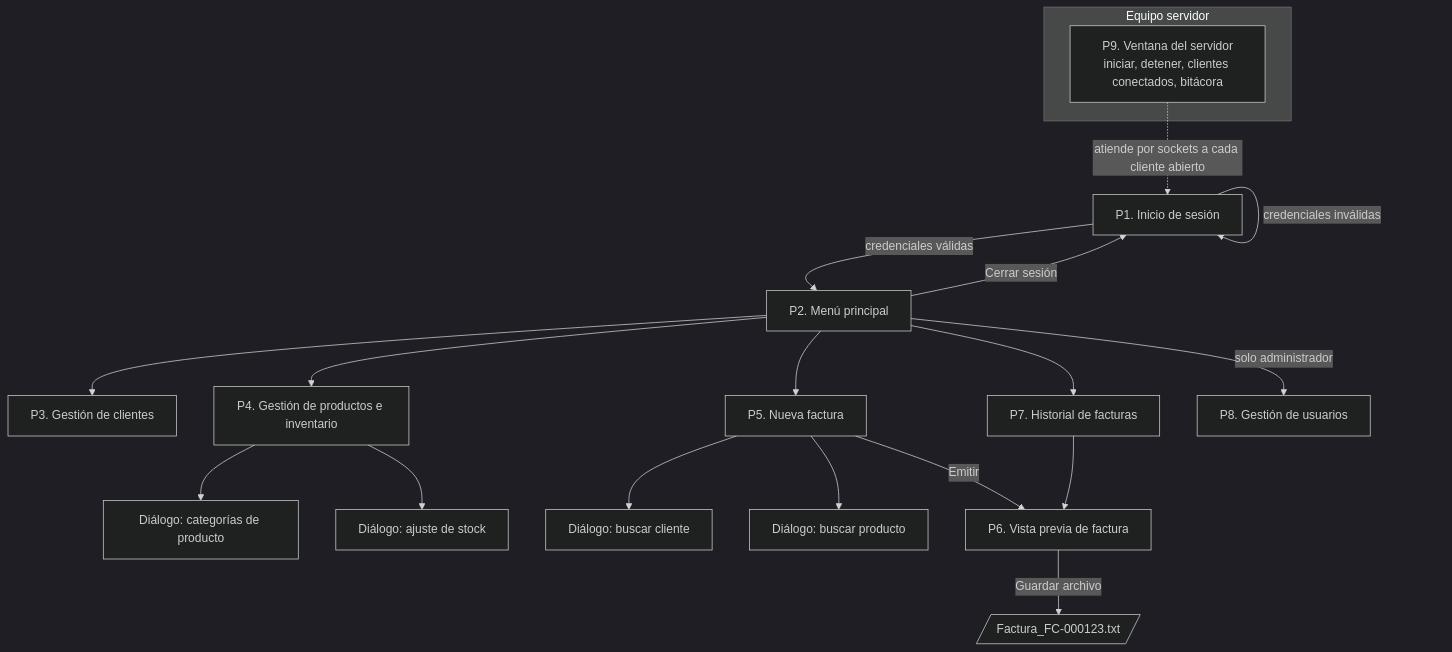
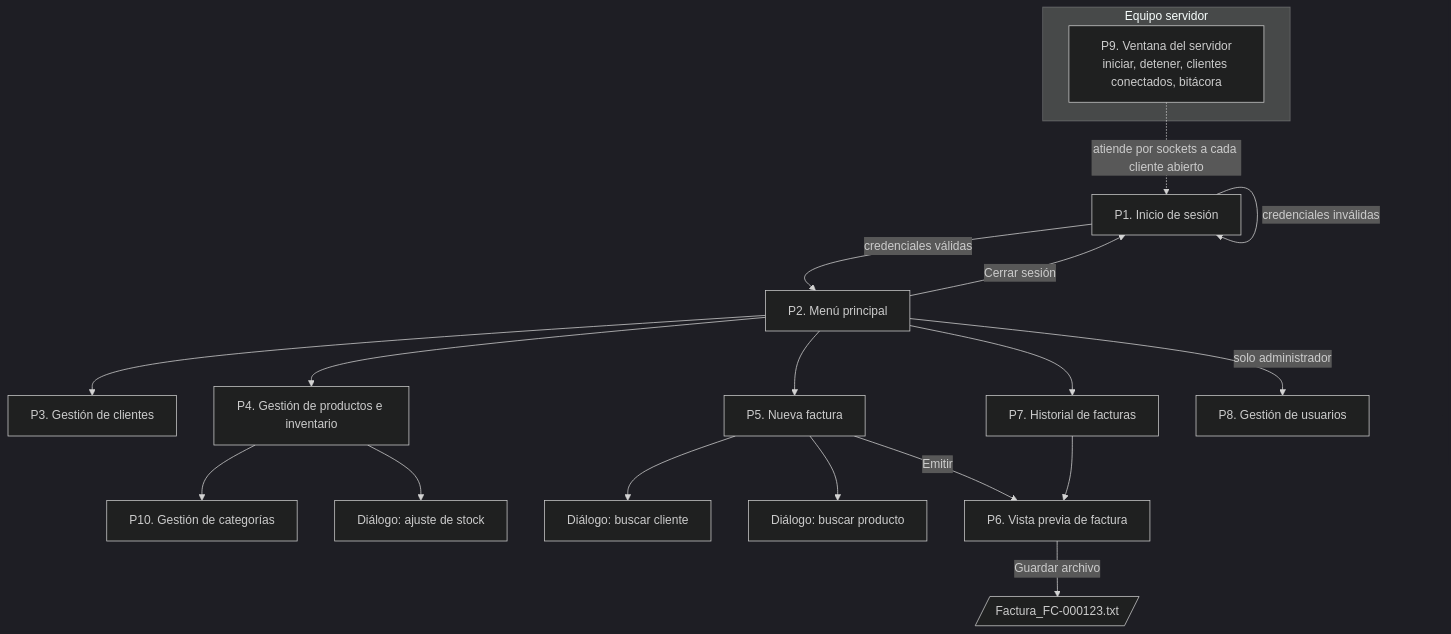
One commit to luisamri91/Avance1 changed the diagram in docs/diagramas/05_navegacion.mmd. Above: the diagram before and after it, drawn with Mermaid (dark theme). The commit also changed 13 other files, not shown here.

```diff
--- a/docs/diagramas/05_navegacion.mmd
+++ b/docs/diagramas/05_navegacion.mmd
@@ -1,20 +1,20 @@
 flowchart TD
     L[P1. Inicio de sesión] -->|credenciales válidas| M[P2. Menú principal]
     L -->|credenciales inválidas| L
     M --> CL[P3. Gestión de clientes]
     M --> PR[P4. Gestión de productos e inventario]
     M --> FA[P5. Nueva factura]
     M --> HI[P7. Historial de facturas]
     M -->|solo administrador| US[P8. Gestión de usuarios]
-    PR --> CA[Diálogo: categorías de producto]
+    PR --> CA[P10. Gestión de categorías]
     PR --> AJ[Diálogo: ajuste de stock]
     FA --> BC[Diálogo: buscar cliente]
     FA --> BP[Diálogo: buscar producto]
     FA -->|Emitir| VP[P6. Vista previa de factura]
     VP -->|Guardar archivo| AR[/Factura_FC-000123.txt/]
     HI --> VP
     M -->|Cerrar sesión| L
     subgraph SV["Equipo servidor"]
         P9[P9. Ventana del servidor<br/>iniciar, detener, clientes conectados, bitácora]
     end
     P9 -. "atiende por sockets a cada cliente abierto" .-> L
```
